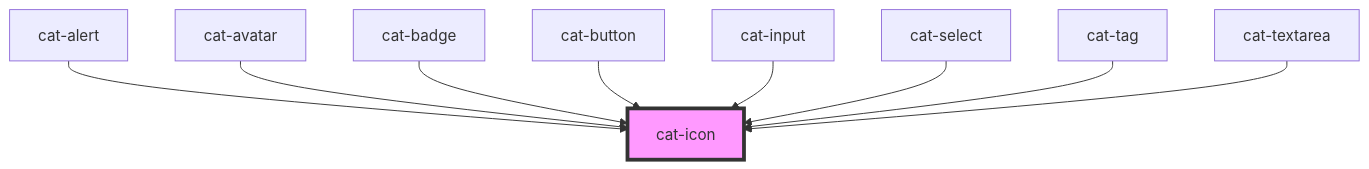
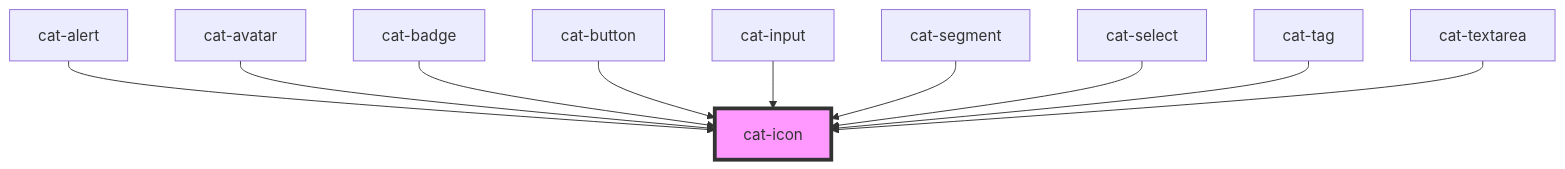
Before and after one commit to haiilo/catalyst: the diagram in core/src/components/cat-icon/readme.md, drawn with Mermaid. The commit also changed other lines of this file and 73 other files, not shown here.

````diff
--- a/core/src/components/cat-icon/readme.md
+++ b/core/src/components/cat-icon/readme.md
@@ -49,12 +50,13 @@
 ```mermaid
 graph TD;
   cat-alert --> cat-icon
   cat-avatar --> cat-icon
   cat-badge --> cat-icon
   cat-button --> cat-icon
   cat-input --> cat-icon
+  cat-segment --> cat-icon
   cat-select --> cat-icon
   cat-tag --> cat-icon
   cat-textarea --> cat-icon
   style cat-icon fill:#f9f,stroke:#333,stroke-width:4px
 ```
````
